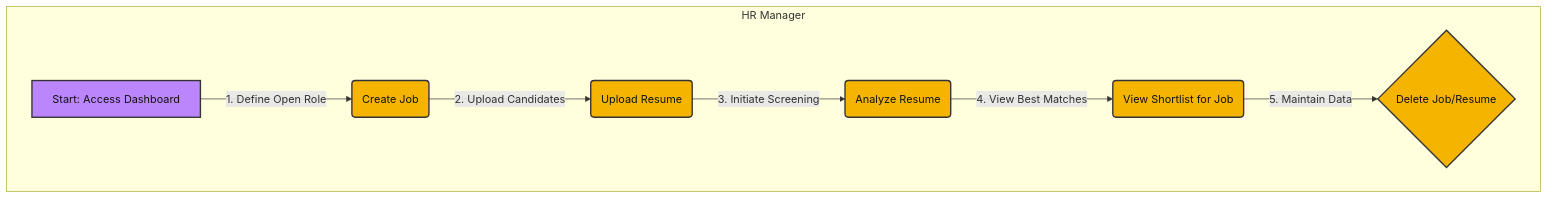
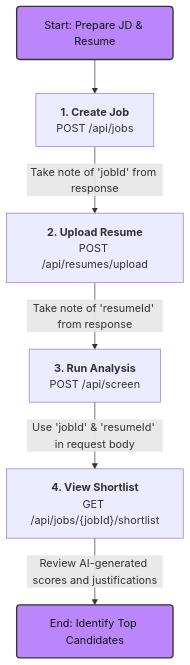
The third of 3 diagrams in README.md (abh1shekChoudhary/Smart-Resume-Screener), drawn with Mermaid before and after one commit. The commit also changed other lines of this file, not shown here.

````diff
--- a/README.md
+++ b/README.md
@@ -88,17 +122,18 @@
 ```mermaid
 graph TD
-    subgraph "HR Manager"
-        A[Start: Access Dashboard] -- "1. Define Open Role" --> B(Create Job);
-        B -- "2. Upload Candidates" --> C(Upload Resume);
-        C -- "3. Initiate Screening" --> D(Analyze Resume);
-        D -- "4. View Best Matches" --> E(View Shortlist for Job);
-        E -- "5. Maintain Data" --> F{Delete Job/Resume};
-    end
+    A(Start: Prepare JD & Resume);
+    B["<b>1. Create Job</b><br/>POST /api/jobs"];
+    C["<b>2. Upload Resume</b><br/>POST /api/resumes/upload"];
+    D["<b>3. Run Analysis</b><br/>POST /api/screen"];
+    E["<b>4. View Shortlist</b><br/>GET /api/jobs/{jobId}/shortlist"];
+    F(End: Identify Top Candidates);
+
+    A --> B;
+    B -- "Take note of 'jobId' from response" --> C;
+    C -- "Take note of 'resumeId' from response" --> D;
+    D -- "Use 'jobId' & 'resumeId' in request body" --> E;
+    E -- "Review AI-generated scores and justifications" --> F;
 
     style A fill:#bb86fc,stroke:#333,stroke-width:2px,color:#121212
-    style B fill:#f4b400,stroke:#333,stroke-width:2px,color:#121212
-    style C fill:#f4b400,stroke:#333,stroke-width:2px,color:#121212
-    style D fill:#f4b400,stroke:#333,stroke-width:2px,color:#121212
-    style E fill:#f4b400,stroke:#333,stroke-width:2px,color:#121212
-    style F fill:#f4b400,stroke:#333,stroke-width:2px,color:#121212
+    style F fill:#bb86fc,stroke:#333,stroke-width:2px,color:#121212
 ```
````
